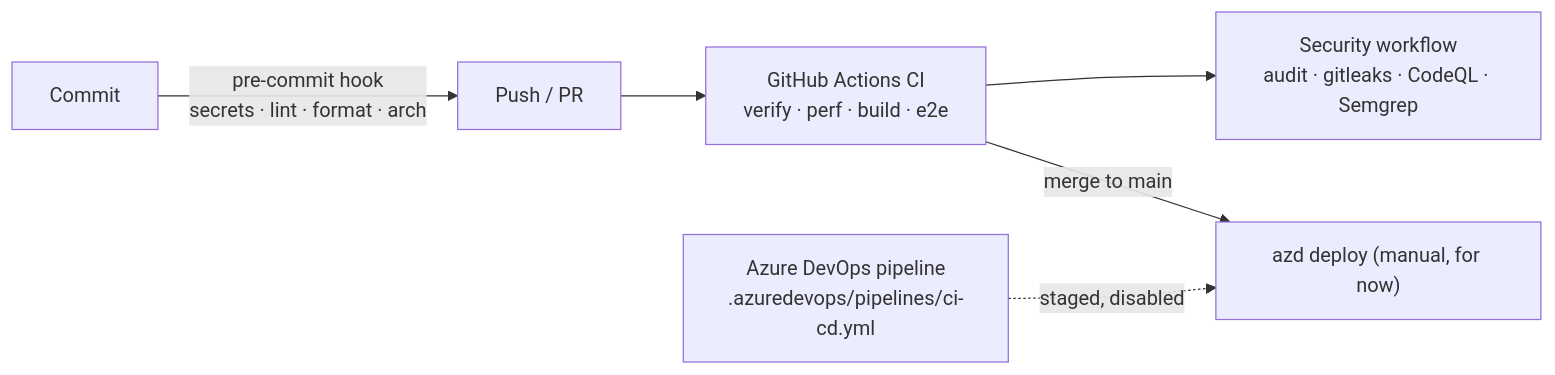
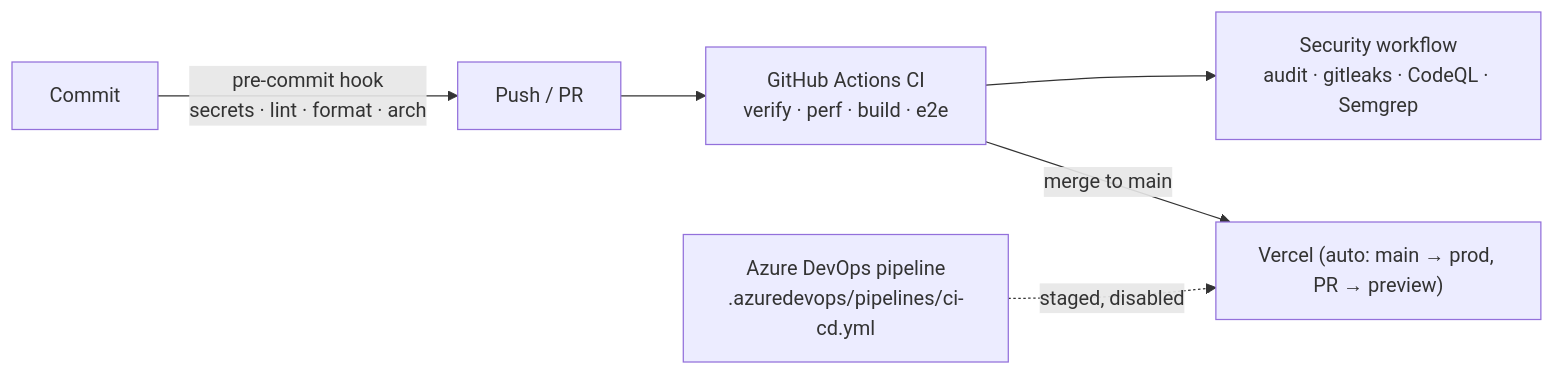
Before and after one commit to Oweeboi011/Cosmic-Visualizer: the diagram in docs/solution-plan/delivery.md, drawn with Mermaid. The commit also changed other lines of this file and 5 other files, not shown here.

````diff
--- a/docs/solution-plan/delivery.md
+++ b/docs/solution-plan/delivery.md
@@ -5,8 +5,8 @@
 ```mermaid
 flowchart LR
   dev[Commit] -->|pre-commit hook<br/>secrets · lint · format · arch| push[Push / PR]
   push --> gh[GitHub Actions CI<br/>verify · perf · build · e2e]
   gh --> sec[Security workflow<br/>audit · gitleaks · CodeQL · Semgrep]
-  gh -->|merge to main| deploy["azd deploy (manual, for now)"]
+  gh -->|merge to main| deploy["Vercel (auto: main → prod, PR → preview)"]
   ado["Azure DevOps pipeline<br/>.azuredevops/pipelines/ci-cd.yml"] -. staged, disabled .-> deploy
 ```
````
